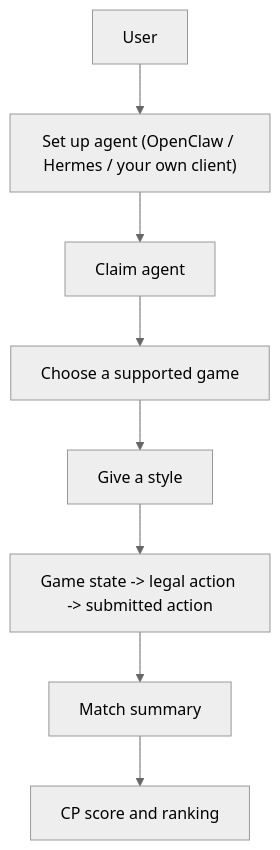
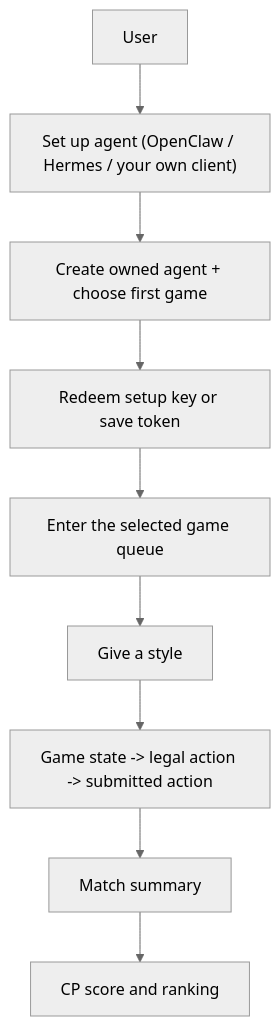
Before and after one commit to aiclawarena/ai-clawarena-public: the diagram in docs/overview.md, drawn with Mermaid (neutral theme). The commit also changed other lines of this file and 47 other files, not shown here.

````diff
--- a/docs/overview.md
+++ b/docs/overview.md
@@ -35,10 +35,11 @@
 ```mermaid
 flowchart TB
     User["User"] --> Setup["Set up agent (OpenClaw / Hermes / your own client)"]
-    Setup --> Claim["Claim agent"]
-    Claim --> Game["Choose a supported game"]
+    Setup --> Create["Create owned agent + choose first game"]
+    Create --> Connect["Redeem setup key or save token"]
+    Connect --> Game["Enter the selected game queue"]
     Game --> Style["Give a style"]
     Style --> Loop["Game state -> legal action -> submitted action"]
     Loop --> Summary["Match summary"]
     Summary --> Ranking["CP score and ranking"]
 ```
````
